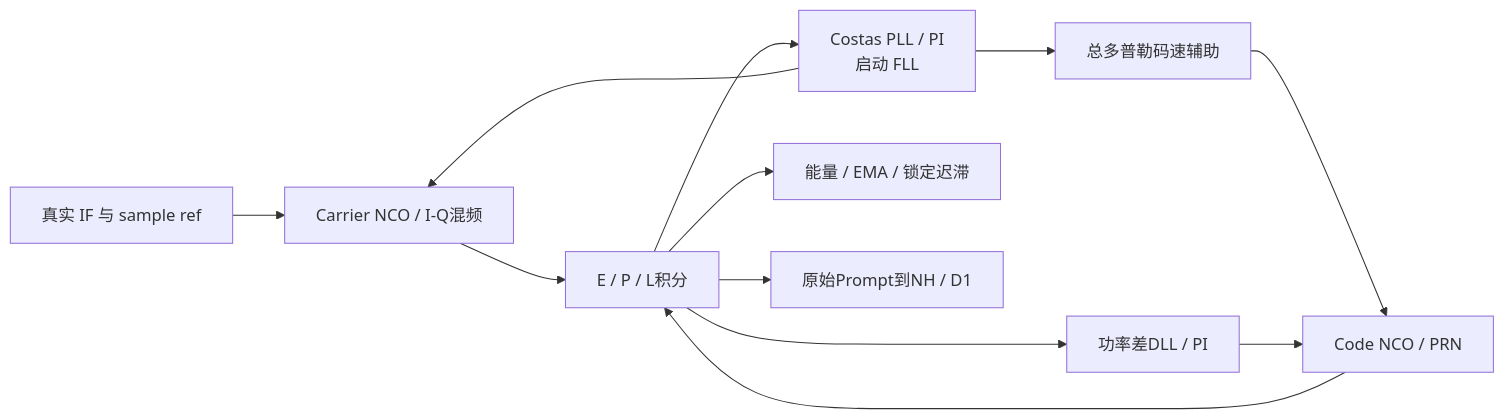
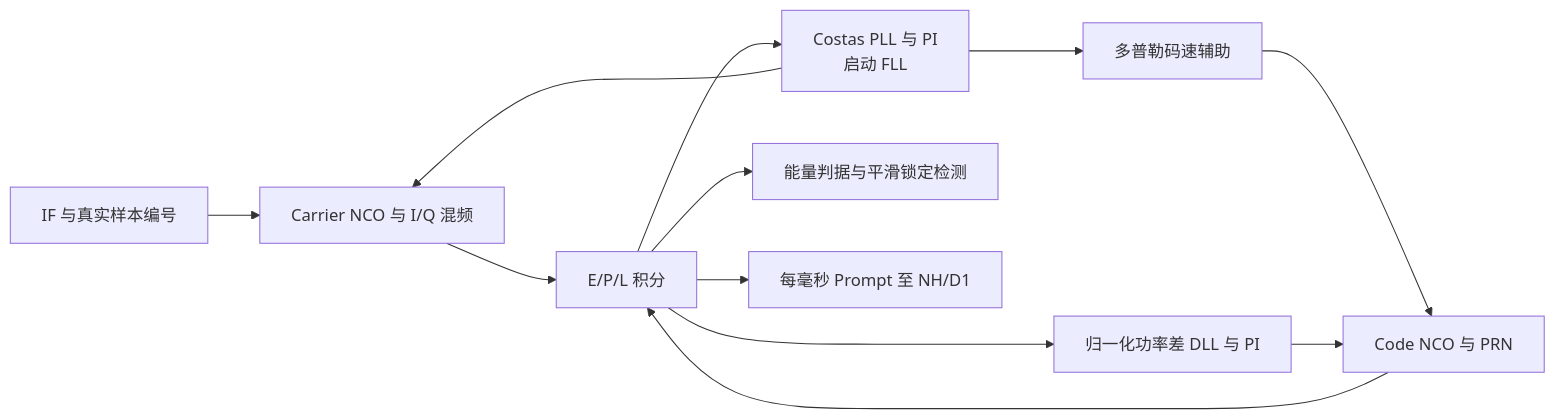
One commit to Ultramarine-1011/B1I_Receiver_EDA changed the diagram in docs/TRACKING_REPORT.md. Above: the diagram before and after it, drawn with Mermaid. The commit also changed other lines of this file and 4 other files, not shown here.

````diff
--- a/docs/TRACKING_REPORT.md
+++ b/docs/TRACKING_REPORT.md
@@ -31,14 +32,14 @@
 ```mermaid
 flowchart LR
-    IF[真实 IF 与 sample ref] --> MIX[Carrier NCO / I-Q混频]
-    CODE[Code NCO / PRN] --> EPL[E / P / L积分]
+    IF[IF 与真实样本编号] --> MIX[Carrier NCO 与 I/Q 混频]
+    CODE[Code NCO 与 PRN] --> EPL[E/P/L 积分]
     MIX --> EPL
-    EPL --> DLL[功率差DLL / PI]
-    EPL --> PLL["Costas PLL / PI<br/>启动 FLL"]
+    EPL --> DLL[归一化功率差 DLL 与 PI]
+    EPL --> PLL["Costas PLL 与 PI<br/>启动 FLL"]
     PLL --> MIX
-    PLL --> AID[总多普勒码速辅助]
+    PLL --> AID[多普勒码速辅助]
     AID --> CODE
     DLL --> CODE
-    EPL --> LOCK[能量 / EMA / 锁定迟滞]
-    EPL --> NAV[原始Prompt到NH / D1]
+    EPL --> LOCK[能量判据与平滑锁定检测]
+    EPL --> NH[每毫秒 Prompt 至 NH/D1]
 ```
````
